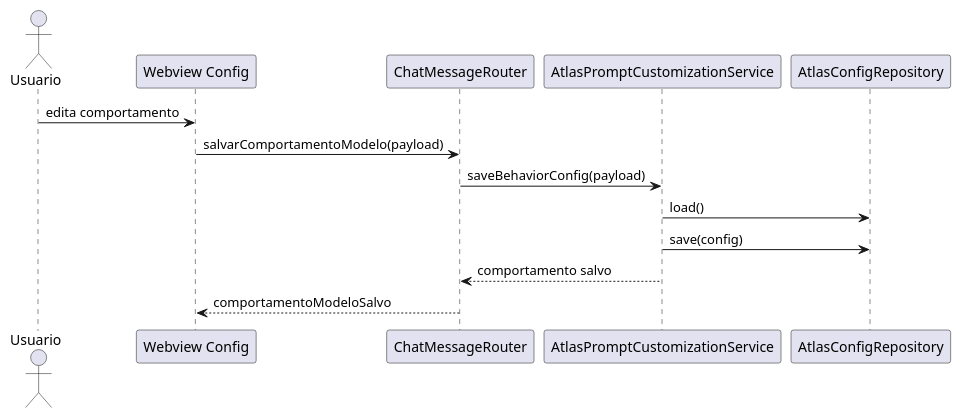
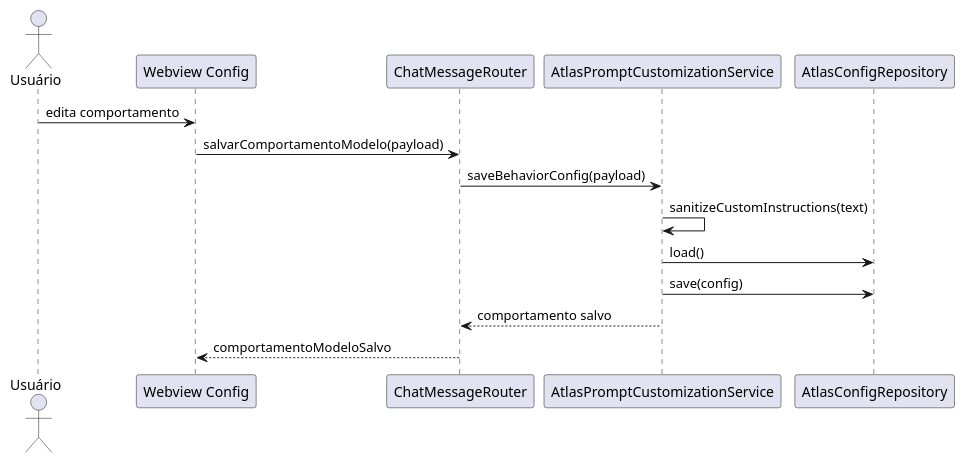
Before and after one commit to JVictorVI/ATLAS: diagram 18 of 38 in docs/plantuml-diagramas-por-caso-de-uso-atlas.md, drawn with PlantUML. The commit also changed other lines of this file and 5 other files, not shown here.

Commit message:
Atualiza diagramas e casos de uso

````diff
--- a/docs/plantuml-diagramas-por-caso-de-uso-atlas.md
+++ b/docs/plantuml-diagramas-por-caso-de-uso-atlas.md
@@ -542,18 +562,19 @@
 ```plantuml
 @startuml
 skinparam shadowing false
-actor Usuario
+actor Usuário
 participant "Webview Config" as Webview
 participant ChatMessageRouter as Router
 participant AtlasPromptCustomizationService as Custom
 participant AtlasConfigRepository as Repository
 
-Usuario -> Webview : edita comportamento
+Usuário -> Webview : edita comportamento
 Webview -> Router : salvarComportamentoModelo(payload)
 Router -> Custom : saveBehaviorConfig(payload)
+Custom -> Custom : sanitizeCustomInstructions(text)
 Custom -> Repository : load()
 Custom -> Repository : save(config)
 Custom --> Router : comportamento salvo
 Router --> Webview : comportamentoModeloSalvo
 @enduml
 ```
````
